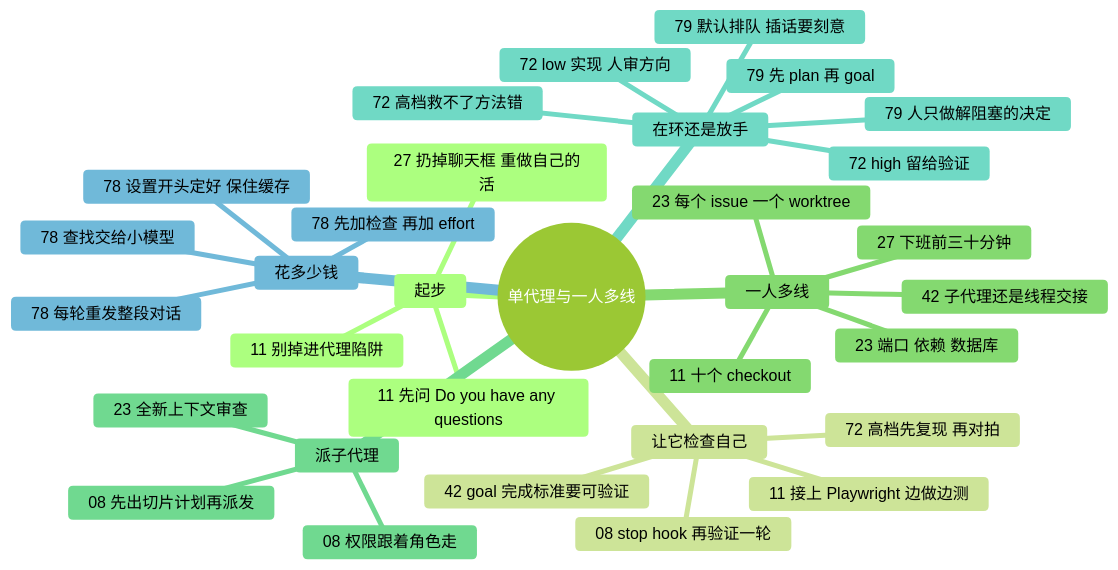
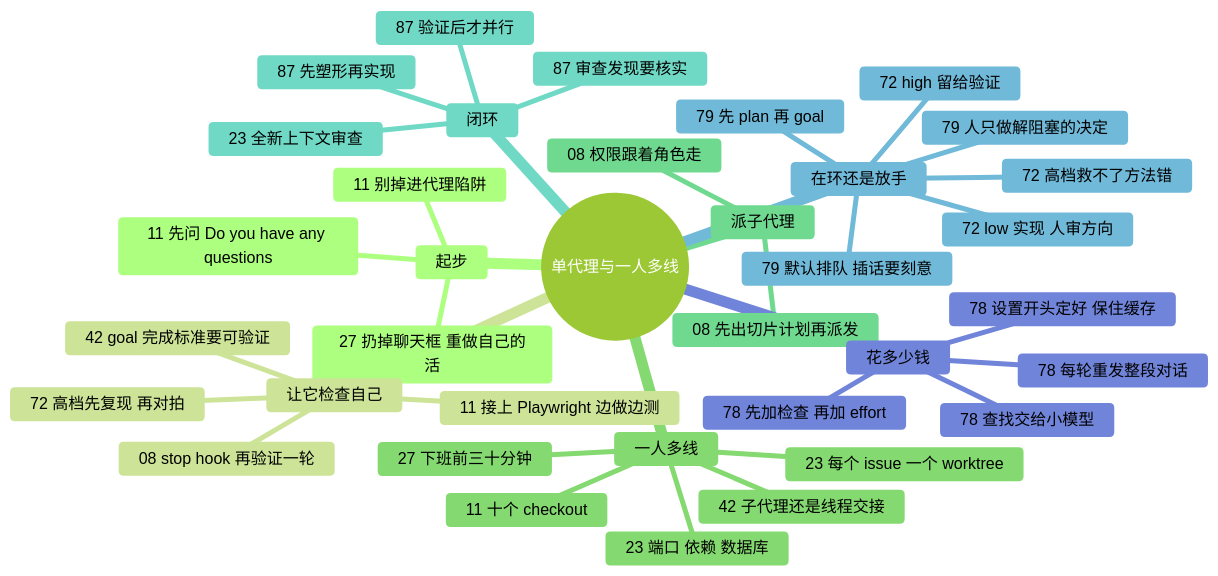
The diagram in docs/guide/solo.md (yzw7489757/ai-coding-videos), drawn with Mermaid (forest theme) before and after one commit. The commit also changed other lines of this file and 18 other files, not shown here.

````diff
--- a/docs/guide/solo.md
+++ b/docs/guide/solo.md
@@ -15,35 +15,39 @@
 ```mermaid
 mindmap
   root((单代理与一人多线))
     起步
       27 扔掉聊天框 重做自己的活
       11 先问 Do you have any questions
       11 别掉进代理陷阱
     让它检查自己
       11 接上 Playwright 边做边测
       42 goal 完成标准要可验证
       08 stop hook 再验证一轮
       72 高档先复现 再对拍
     一人多线
       11 十个 checkout
       23 每个 issue 一个 worktree
       23 端口 依赖 数据库
       27 下班前三十分钟
       42 子代理还是线程交接
     派子代理
       08 先出切片计划再派发
       08 权限跟着角色走
+    闭环
+      87 先塑形再实现
+      87 验证后才并行
+      87 审查发现要核实
       23 全新上下文审查
     在环还是放手
       72 low 实现 人审方向
       72 high 留给验证
       72 高档救不了方法错
       79 人只做解阻塞的决定
       79 默认排队 插话要刻意
       79 先 plan 再 goal
     花多少钱
       78 每轮重发整段对话
       78 先加检查 再加 effort
       78 查找交给小模型
       78 设置开头定好 保住缓存
 ```
````
